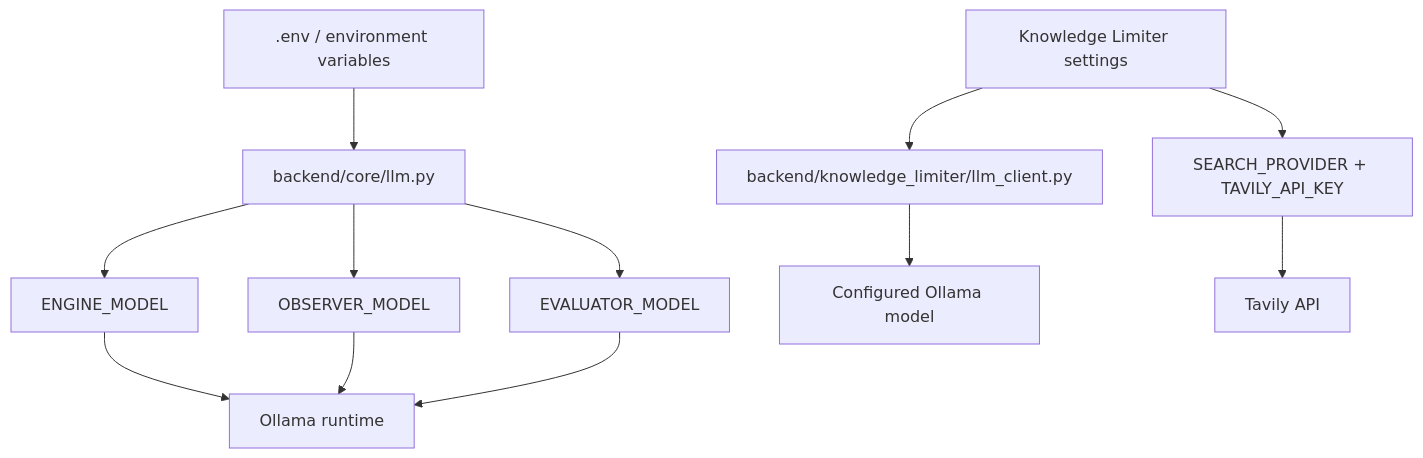
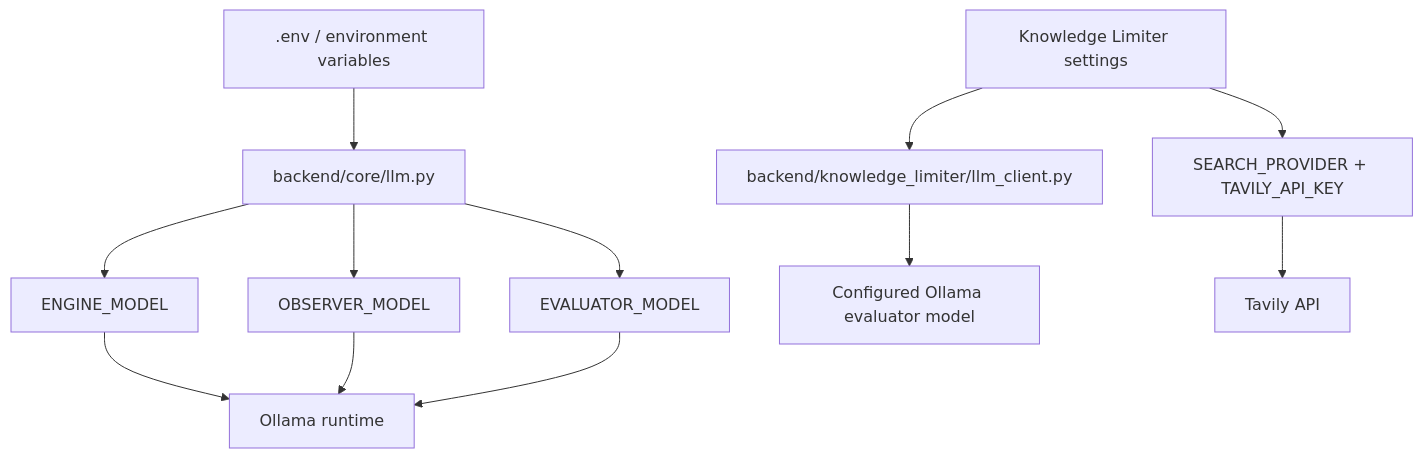
Before and after one commit to abhijay029/Human-Life-Scenario-Simulator: the sixth of 6 diagrams in PROJECT_ARCHITECTURE.md, drawn with Mermaid. The commit also changed other lines of this file and 19 other files, not shown here.

````diff
--- a/PROJECT_ARCHITECTURE.md
+++ b/PROJECT_ARCHITECTURE.md
@@ -199,15 +200,15 @@
 ```mermaid
 flowchart TB
     Config[.env / environment variables] --> Factory[backend/core/llm.py]
     Factory --> Engine[ENGINE_MODEL]
     Factory --> Observer[OBSERVER_MODEL]
     Factory --> Evaluator[EVALUATOR_MODEL]
     Engine --> Ollama[Ollama runtime]
     Observer --> Ollama
     Evaluator --> Ollama
 
     KLConfig[Knowledge Limiter settings] --> KLClient[backend/knowledge_limiter/llm_client.py]
-    KLClient --> KLOllama[Configured Ollama model]
+    KLClient --> KLOllama[Configured Ollama evaluator model]
     KLConfig --> SearchConfig[SEARCH_PROVIDER + TAVILY_API_KEY]
     SearchConfig --> Tavily[Tavily API]
 ```
````
